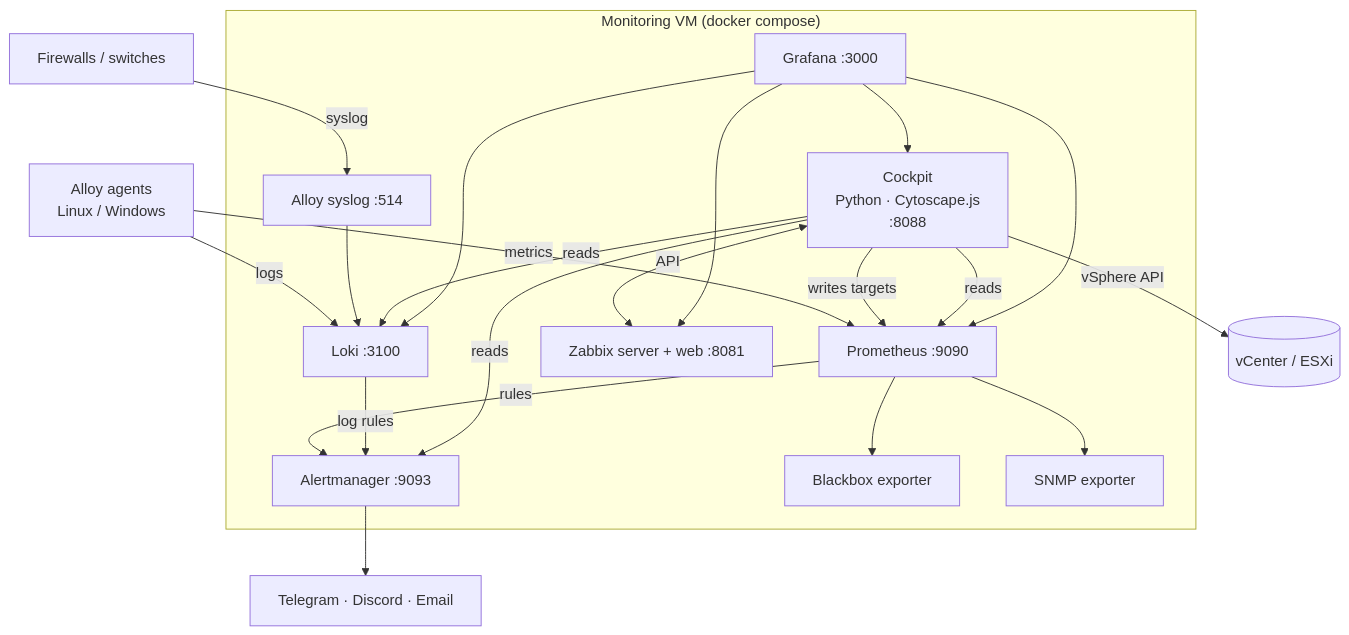
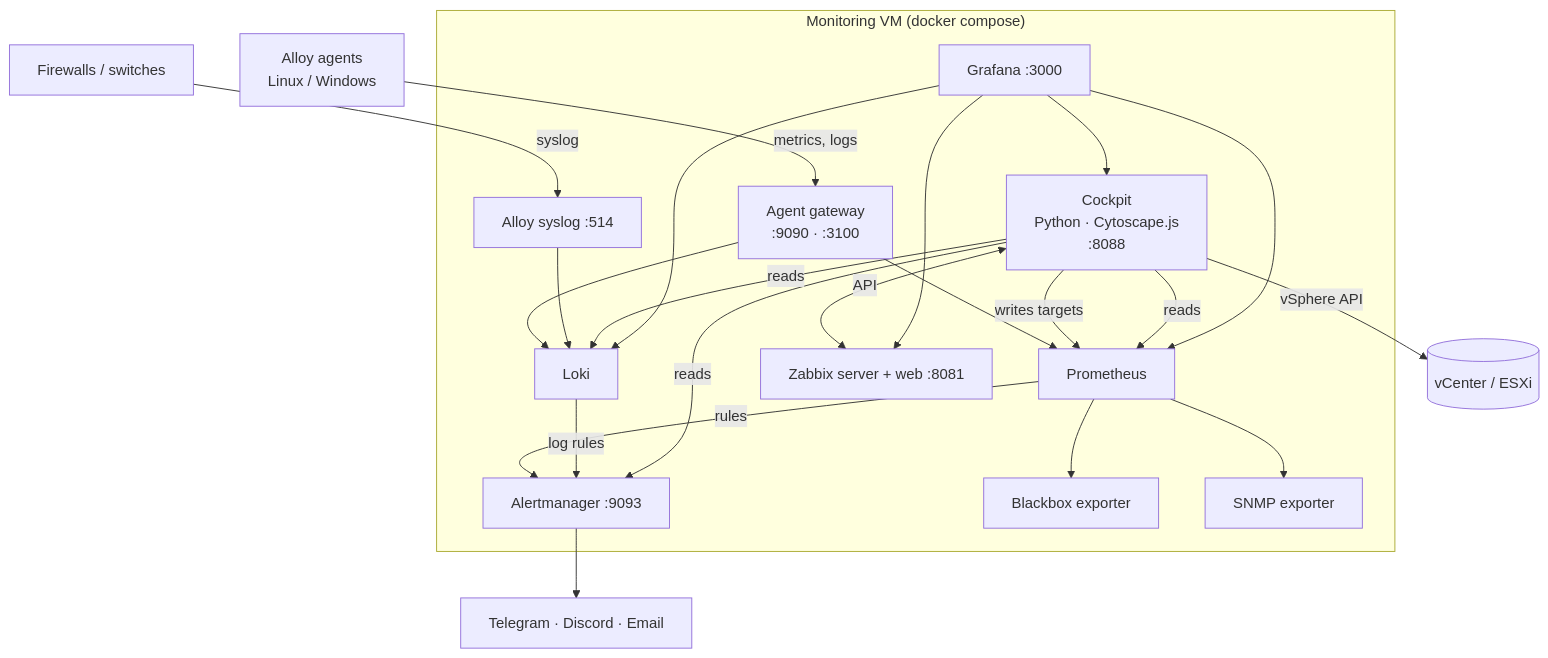
The second of 2 diagrams in README.md (B2ZO0/netcockpit), drawn with Mermaid before and after one commit. The commit also changed other lines of this file and 11 other files, not shown here.

First line of the commit message:
fix(security): agents can only push to Prometheus and Loki

````diff
--- a/README.md
+++ b/README.md
@@ -195,26 +195,27 @@
 ```mermaid
 flowchart TB
   subgraph Host["Monitoring VM (docker compose)"]
     NM["Cockpit<br/>Python · Cytoscape.js<br/>:8088"]
-    PR[Prometheus :9090]
+    GW["Agent gateway<br/>:9090 · :3100"]
+    PR[Prometheus]
     AM[Alertmanager :9093]
-    LK[Loki :3100]
+    LK[Loki]
     BB[Blackbox exporter]
     SE[SNMP exporter]
     SY["Alloy syslog :514"]
     GF[Grafana :3000]
     ZB["Zabbix server + web :8081"]
   end
-  AG["Alloy agents<br/>Linux / Windows"] -- metrics --> PR
-  AG -- logs --> LK
+  AG["Alloy agents<br/>Linux / Windows"] -- metrics, logs --> GW
+  GW --> PR & LK
   FW[Firewalls / switches] -- syslog --> SY --> LK
   NM -- writes targets --> PR
   PR --> BB & SE
   PR -- rules --> AM
   LK -- log rules --> AM
   NM -- reads --> PR & AM & LK
   NM <-- API --> ZB
   NM -- vSphere API --> VC[(vCenter / ESXi)]
   AM --> N["Telegram · Discord · Email"]
   GF --> PR & LK & ZB & NM
 ```
````
